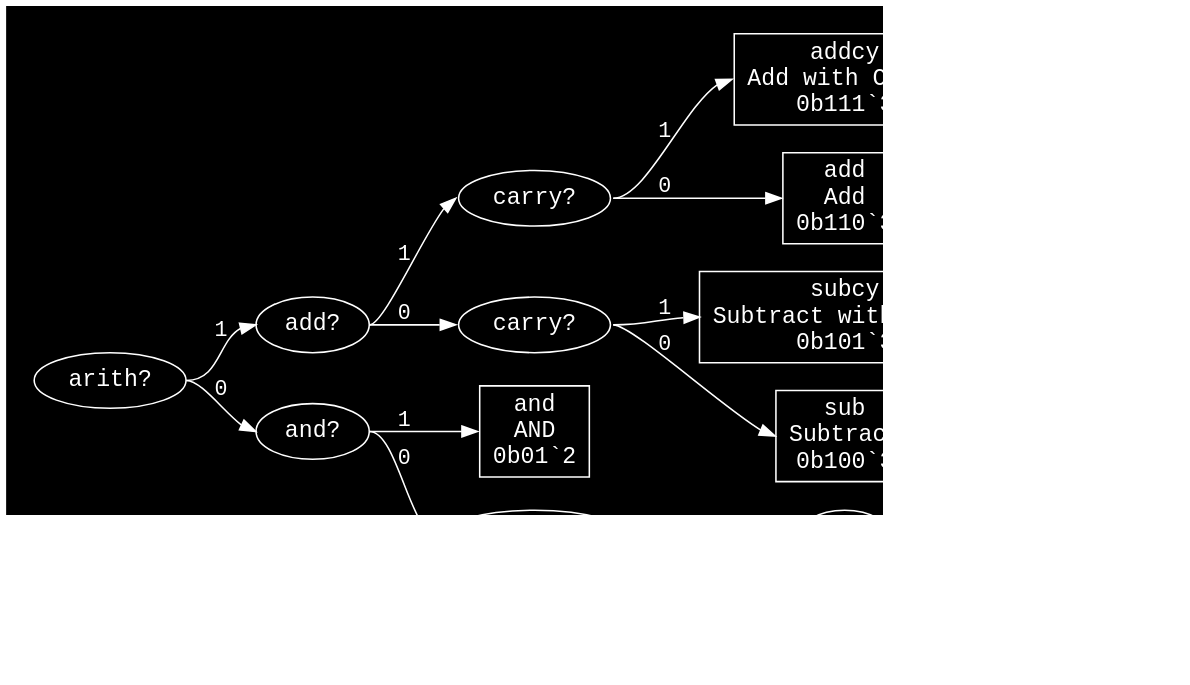
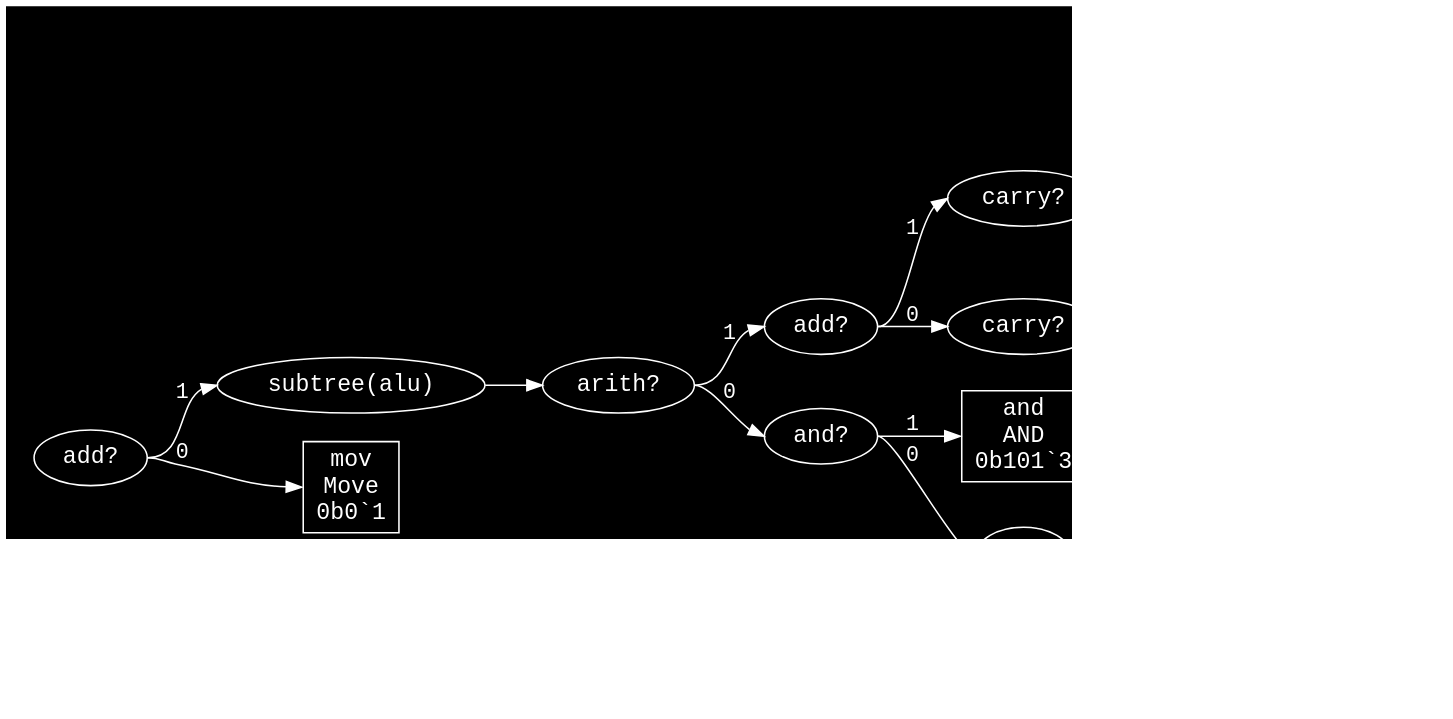
One commit to eignnx/SPRIND changed the diagram in assets/graphs/rr(1).dot. Above: the diagram before and after it, drawn with Graphviz. The commit also changed 15 other files, not shown here.

Commit message:
all tree diagrams are being generated now

```diff
--- a/assets/graphs/rr(1).dot
+++ b/assets/graphs/rr(1).dot
@@ -1,34 +1,36 @@
 digraph "Format rr(1)" {
   graph [dpi = 100, bgcolor="#111", fontcolor="white", rankdir=LR, pad="0.25"];
   node [fontname = "Courier", fontsize="15pt", color="white", fontcolor="white"];
   edge [fontname = "Courier", color="white", fontcolor="white"];
-  "arith_14517883" [label = "arith?", shape = ellipse];
-  "arith_14517883":e -> "add_14925082":w [label = "1"];
-  "arith_14517883":e -> "and_13556704":w [label = "0"];
+  "add_11972669" [label = "add?", shape = ellipse];
+  "add_11972669":e -> "alu_3557152":w [label = "1"];
+  "add_11972669":e -> "mov_8131765":w [label = "0"];
+  "alu_3557152" [label = "subtree(alu)", shape = ellipse];
+  "alu_3557152":e -> "arith_5163191":w;
+  "arith_5163191" [label = "arith?", shape = ellipse];
+  "arith_5163191":e -> "add_14925082":w [label = "1"];
+  "arith_5163191":e -> "and_12585412":w [label = "0"];
   "add_14925082" [label = "add?", shape = ellipse];
   "add_14925082":e -> "carry_14418308":w [label = "1"];
   "add_14925082":e -> "carry_5674031":w [label = "0"];
   "carry_14418308" [label = "carry?", shape = ellipse];
   "carry_14418308":e -> "addcy_9991314":w [label = "1"];
   "carry_14418308":e -> "add_13179919":w [label = "0"];
-  "addcy_9991314" [label = "addcy\nAdd with Carry\n0b111`3", shape = rectangle];
-  "add_13179919" [label = "add\nAdd\n0b110`3", shape = rectangle];
+  "addcy_9991314" [label = "addcy\nAdd with Carry\n0b1111`4", shape = rectangle];
+  "add_13179919" [label = "add\nAdd\n0b1110`4", shape = rectangle];
   "carry_5674031" [label = "carry?", shape = ellipse];
   "carry_5674031":e -> "subcy_4746204":w [label = "1"];
   "carry_5674031":e -> "sub_2133549":w [label = "0"];
-  "subcy_4746204" [label = "subcy\nSubtract with Carry\n0b101`3", shape = rectangle];
-  "sub_2133549" [label = "sub\nSubtract\n0b100`3", shape = rectangle];
-  "and_13556704" [label = "and?", shape = ellipse];
-  "and_13556704":e -> "and_14333479":w [label = "1"];
-  "and_13556704":e -> "bitwise_12040698":w [label = "0"];
-  "and_14333479" [label = "and\nAND\n0b01`2", shape = rectangle];
-  "bitwise_12040698" [label = "bitwise?", shape = ellipse];
-  "bitwise_12040698":e -> "or_4344319":w [label = "1"];
-  "bitwise_12040698":e -> "mov_8131765":w [label = "0"];
+  "subcy_4746204" [label = "subcy\nSubtract with Carry\n0b1101`4", shape = rectangle];
+  "sub_2133549" [label = "sub\nSubtract\n0b1100`4", shape = rectangle];
+  "and_12585412" [label = "and?", shape = ellipse];
+  "and_12585412":e -> "and_14333479":w [label = "1"];
+  "and_12585412":e -> "or_4344319":w [label = "0"];
+  "and_14333479" [label = "and\nAND\n0b101`3", shape = rectangle];
   "or_4344319" [label = "or?", shape = ellipse];
   "or_4344319":e -> "or_13437499":w [label = "1"];
   "or_4344319":e -> "xor_16442135":w [label = "0"];
-  "or_13437499" [label = "or\nOR\n0b0011`4", shape = rectangle];
-  "xor_16442135" [label = "xor\nXOR\n0b0010`4", shape = rectangle];
-  "mov_8131765" [label = "mov\nMove\n0b000`3", shape = rectangle];
+  "or_13437499" [label = "or\nOR\n0b1001`4", shape = rectangle];
+  "xor_16442135" [label = "xor\nXOR\n0b1000`4", shape = rectangle];
+  "mov_8131765" [label = "mov\nMove\n0b0`1", shape = rectangle];
 }
```
